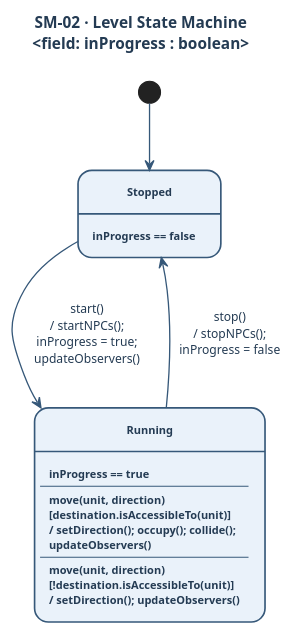
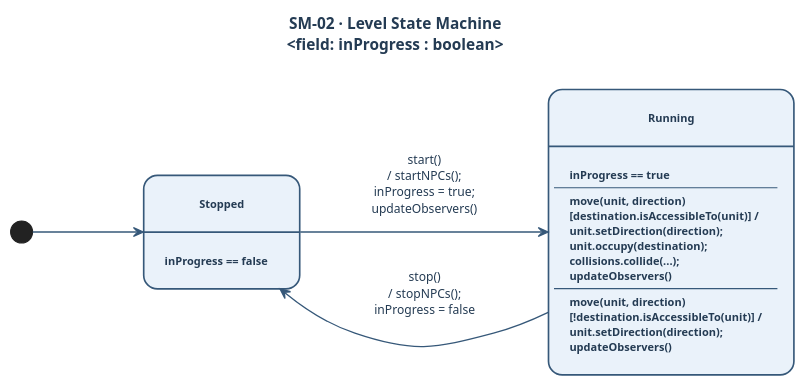
One commit to Suhaib-Ben-Zreiba/reliable-broker changed the diagram in A3-State-Machines/SM-02-Level.puml. Above: the diagram before and after it, drawn with PlantUML. The commit also changed 2 other files, not shown here.

Commit message:
Clarify SM-02 Running internal move transitions
Separate accessible/inaccessible move internals with UML
event [guard] / action stacks, exact Level.move() operation
names, and evidence for the per-occupant collide loop.

```diff
--- a/A3-State-Machines/SM-02-Level.puml
+++ b/A3-State-Machines/SM-02-Level.puml
@@ -1,49 +1,57 @@
 @startuml SM-02-Level
 ' SYSC 3020 Assignment 3 — SM-02: Level State Machine
 ' States from Level.inProgress (Level.java). Notation: event [guard] / action (Lecture 5).
-' Won/Lost are observer notifications (actions), not stored states.
+' Internal move transitions verified against Level.move() lines 172–195.
+' collisions.collide(...) = for each occupant of the accessible destination (see evidence).
 
 title SM-02 · Level State Machine\n<field: inProgress : boolean>
 
 skinparam backgroundColor #FFFFFF
 skinparam shadowing false
 skinparam defaultFontName Helvetica
 skinparam defaultFontColor #243B53
 skinparam titleFontColor #243B53
 skinparam titleFontSize 14
 skinparam ArrowColor #365879
 skinparam ArrowThickness 1.2
 skinparam ArrowFontColor #243B53
 skinparam ArrowFontSize 11
 skinparam StateBackgroundColor #EAF2FA
 skinparam StateBorderColor #365879
 skinparam StateBorderThickness 1.5
 skinparam StateFontColor #243B53
 skinparam StateFontSize 13
 skinparam StateFontStyle bold
 skinparam StateAttributeFontColor #243B53
 skinparam StateAttributeFontSize 10
-skinparam Padding 8
-skinparam nodesep 80
-skinparam ranksep 60
-skinparam MinClassWidth 280
+skinparam Padding 14
+skinparam nodesep 75
+skinparam ranksep 100
 
-top to bottom direction
+left to right direction
 
 state "Stopped" as Stopped
 state "Running" as Running
 
 Stopped : inProgress == false
 
 Running : inProgress == true
 Running : ----
-Running : move(unit, direction)\n[destination.isAccessibleTo(unit)]\n/ setDirection(); occupy(); collide();\nupdateObservers()
+Running : move(unit, direction)
+Running : [destination.isAccessibleTo(unit)] /
+Running : unit.setDirection(direction);
+Running : unit.occupy(destination);
+Running : collisions.collide(...);
+Running : updateObservers()
 Running : ----
-Running : move(unit, direction)\n[!destination.isAccessibleTo(unit)]\n/ setDirection(); updateObservers()
+Running : move(unit, direction)
+Running : [!destination.isAccessibleTo(unit)] /
+Running : unit.setDirection(direction);
+Running : updateObservers()
 
 [*] --> Stopped
 
 Stopped --> Running : start()\n/ startNPCs();\ninProgress = true;\nupdateObservers()
 Running --> Stopped : stop()\n/ stopNPCs();\ninProgress = false
 
 @enduml
```
